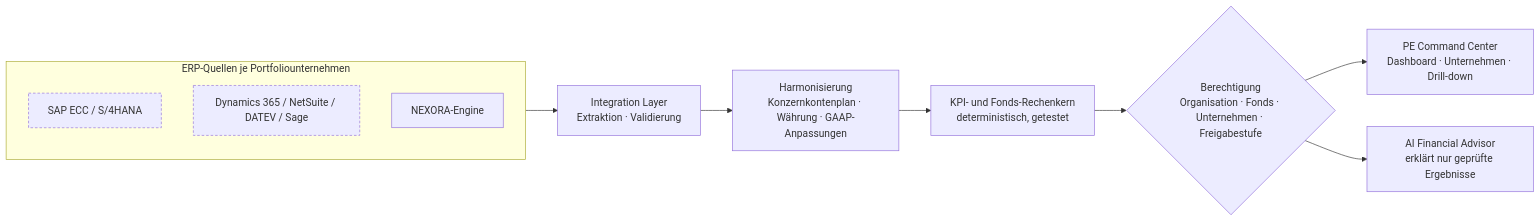
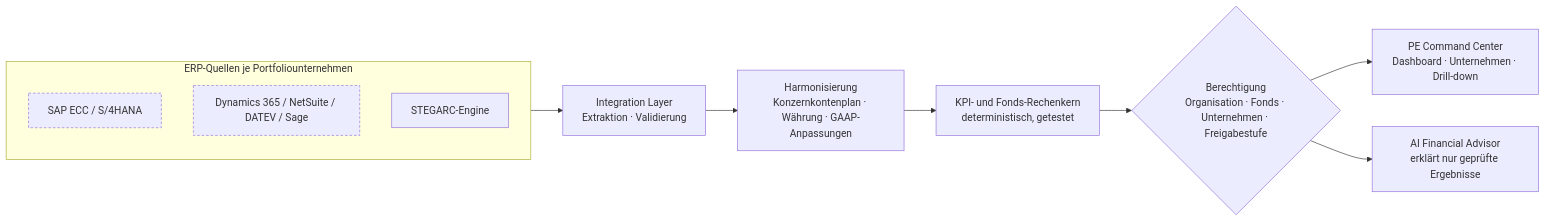
Before and after one commit to marcelwagner-afk/nexora-suite: the diagram in docs/pe-command-center.md, drawn with Mermaid. The commit also changed other lines of this file and 55 other files, not shown here.

````diff
--- a/docs/pe-command-center.md
+++ b/docs/pe-command-center.md
@@ -54,15 +54,15 @@
 ```mermaid
 flowchart LR
   subgraph Quellen[ERP-Quellen je Portfoliounternehmen]
     A1[SAP ECC / S/4HANA]:::sim
     A2[Dynamics 365 / NetSuite / DATEV / Sage]:::sim
-    A3[NEXORA-Engine]:::live
+    A3[STEGARC-Engine]:::live
   end
   Quellen --> I[Integration Layer<br/>Extraktion · Validierung]
   I --> H[Harmonisierung<br/>Konzernkontenplan · Währung · GAAP-Anpassungen]
   H --> K[KPI- und Fonds-Rechenkern<br/>deterministisch, getestet]
   K --> Z{Berechtigung<br/>Organisation · Fonds · Unternehmen · Freigabestufe}
   Z --> UI[PE Command Center<br/>Dashboard · Unternehmen · Drill-down]
   Z --> AI[AI Financial Advisor<br/>erklärt nur geprüfte Ergebnisse]
   classDef sim stroke-dasharray:4 3
 ```
````
